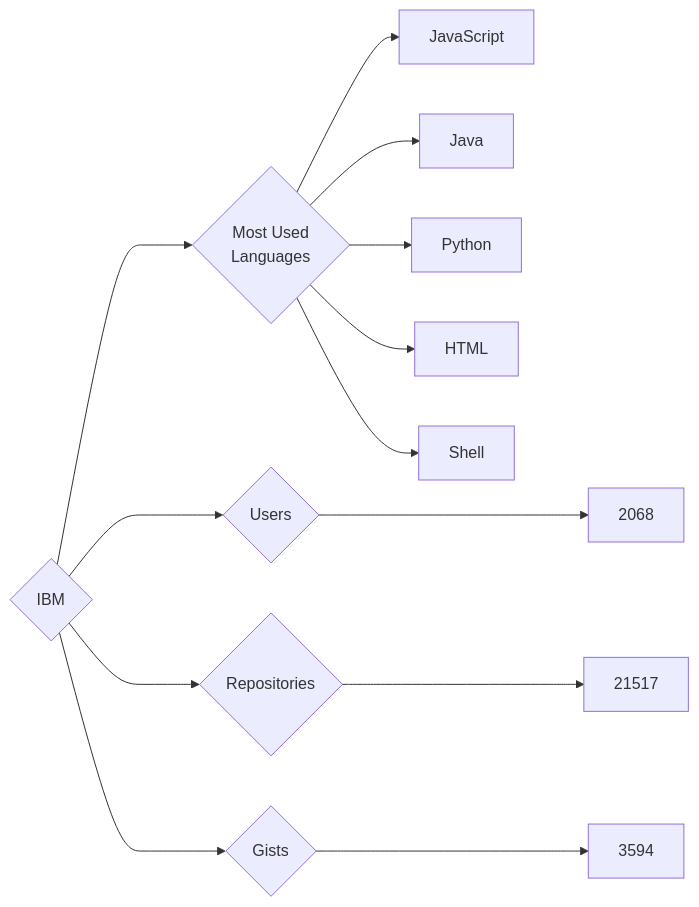
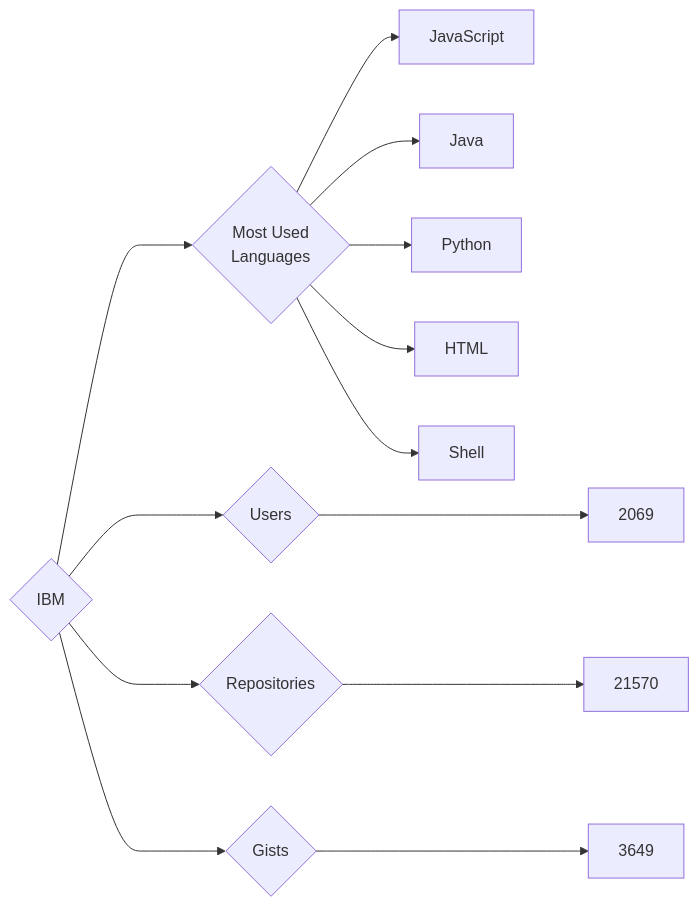
Before and after one commit to trickest/insiders: the diagram in targets/IBM/README.md, drawn with Mermaid. The commit also changed 870 other files, not shown here.

````diff
--- a/targets/IBM/README.md
+++ b/targets/IBM/README.md
@@ -3,13 +3,13 @@
 ```mermaid
 graph LR
 COMPANY_NAME{IBM}
-COMPANY_NAME ---> U{Users} ---> UN[2068]
-COMPANY_NAME ---> R{Repositories} ---> RN[21517]
-COMPANY_NAME ---> G{Gists} ---> GN[3594]
+COMPANY_NAME ---> U{Users} ---> UN[2069]
+COMPANY_NAME ---> R{Repositories} ---> RN[21570]
+COMPANY_NAME ---> G{Gists} ---> GN[3649]
 COMPANY_NAME ---> ML{Most Used<br>Languages}
 ML --> JavaScript[JavaScript]
 ML --> Java[Java]
 ML --> Python[Python]
 ML --> HTML[HTML]
 ML --> Shell[Shell]
 ```
````
